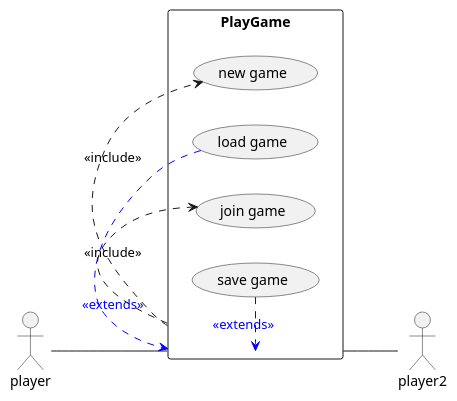
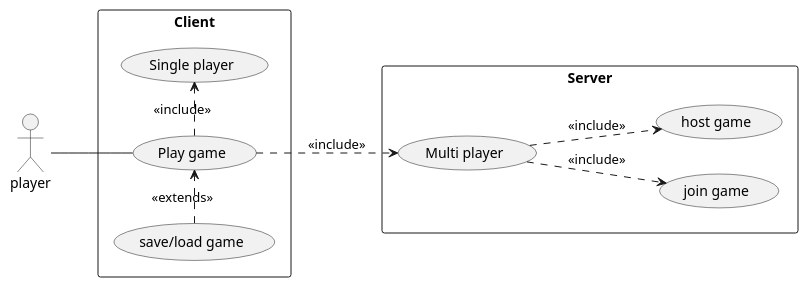
The diagram in src/UML/UseCase.puml (Mathiasw01/G.16RoborallyV1.1), drawn with PlantUML before and after one commit.

Commit message:
Updated the UseCase diagram

```diff
--- a/src/UML/UseCase.puml
+++ b/src/UML/UseCase.puml
@@ -1,16 +1,21 @@
 @startuml
 left to right direction
 skinparam packageStyle rectangle
 actor player
-actor player2
 
-rectangle PlayGame {
-  player -- (PlayGame)
-  (PlayGame) .> (new game) : <<include>>
-  (load game) .> (PlayGame) #blue;line.dashed;text:blue : <<extends>>
-  (PlayGame) .> (join game) : <<include>>
-  (save game) .> (PlayGame) #blue;line.dashed;text:blue : <<extends>>
-  (PlayGame) -- player2
+rectangle Client {
+  player -- (Play game)
+
+  (Play game) .> (Single player) : <<include>>
+  (save/load game) .> (Play game)  : <<extends>>
+  }
+
+rectangle Server {
+    (Play game) .-> (Multi player) : <<include>>
+    (Multi player) .-> (join game) : <<include>>
+    (Multi player) .-> (host game) : <<include>>
 }
 
+
+
 @enduml
```
